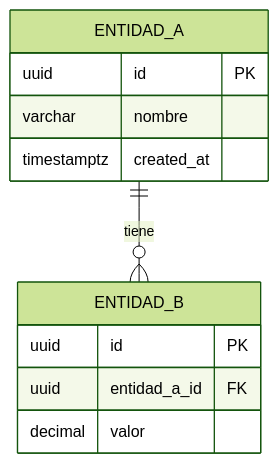
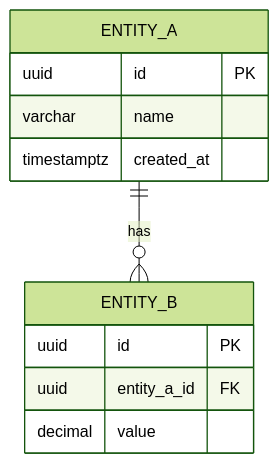
The fourth of 4 diagrams in 08-uml/diagram-index.md (jesusarielgb-works/microservices-governance-framework), drawn with Mermaid (forest theme) before and after one commit. The commit also changed other lines of this file and 83 other files, not shown here.

First line of the commit message:
docs: translate all content to English + add SVG diagrams

````diff
--- a/08-uml/diagram-index.md
+++ b/08-uml/diagram-index.md
@@ -145,14 +145,14 @@
 ```mermaid
 erDiagram
-    ENTIDAD_A ||--o{ ENTIDAD_B : "tiene"
-    ENTIDAD_A {
+    ENTITY_A ||--o{ ENTITY_B : "has"
+    ENTITY_A {
         uuid id PK
-        varchar nombre
+        varchar name
         timestamptz created_at
     }
-    ENTIDAD_B {
+    ENTITY_B {
         uuid id PK
-        uuid entidad_a_id FK
-        decimal valor
+        uuid entity_a_id FK
+        decimal value
     }
 ```
````
